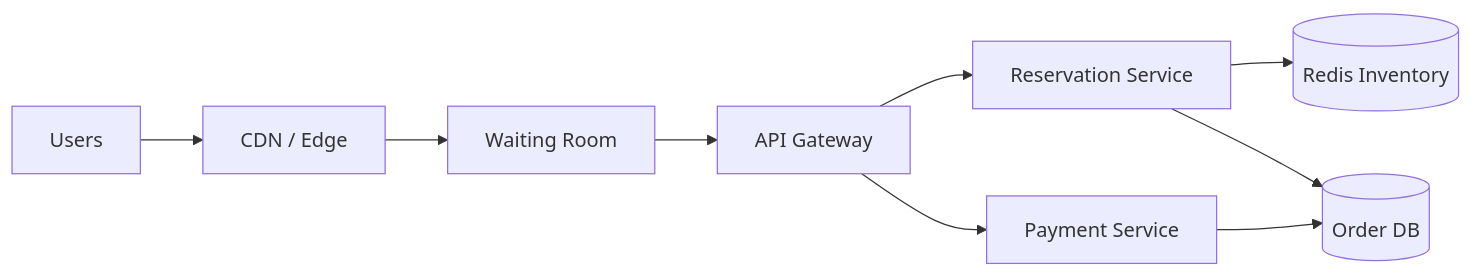
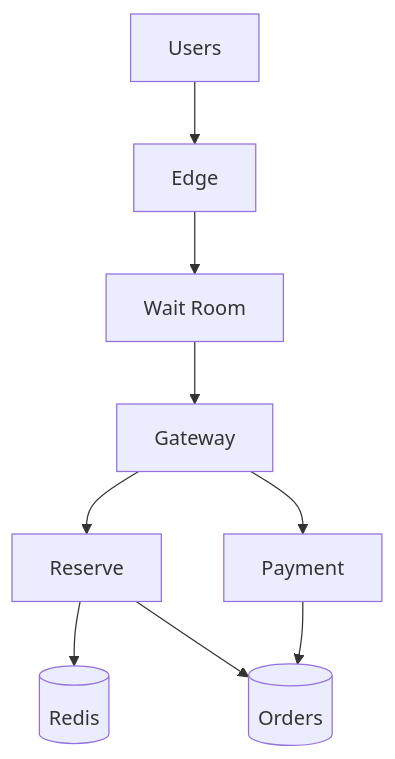
Before and after one commit to huangsam/systology: the diagram in site/content/designs/flash-sale.md, drawn with Mermaid. The commit also changed 4 other files, not shown here.

Commit message:
Enhance mermaid diagrams for new content

```diff
--- a/site/content/designs/flash-sale.md
+++ b/site/content/designs/flash-sale.md
@@ -23,11 +23,11 @@
 {{< mermaid >}}
-graph LR
-  Users --> CDN[CDN / Edge]
-  CDN --> WR[Waiting Room]
-  WR --> API[API Gateway]
-  API --> Reserve[Reservation Service]
-  Reserve --> Redis[(Redis Inventory)]
-  Reserve --> OrderDB[(Order DB)]
-  API --> Payment[Payment Service]
-  Payment --> OrderDB
+graph TD
+  Users --> Edge
+  Edge --> WaitRoom[Wait Room]
+  WaitRoom --> GW[Gateway]
+  GW --> Reserve
+  Reserve --> Redis[(Redis)]
+  Reserve --> Orders[(Orders)]
+  GW --> Payment
+  Payment --> Orders
 {{< /mermaid >}}
```
